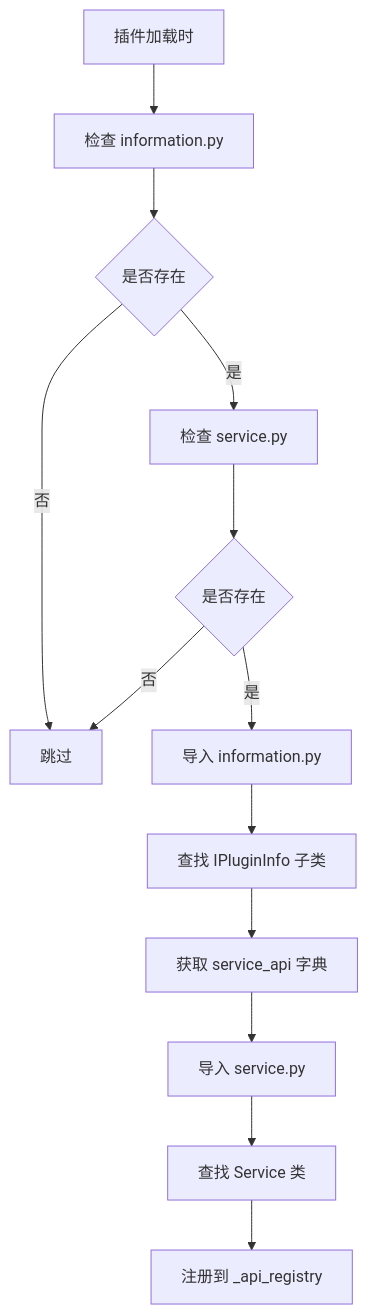
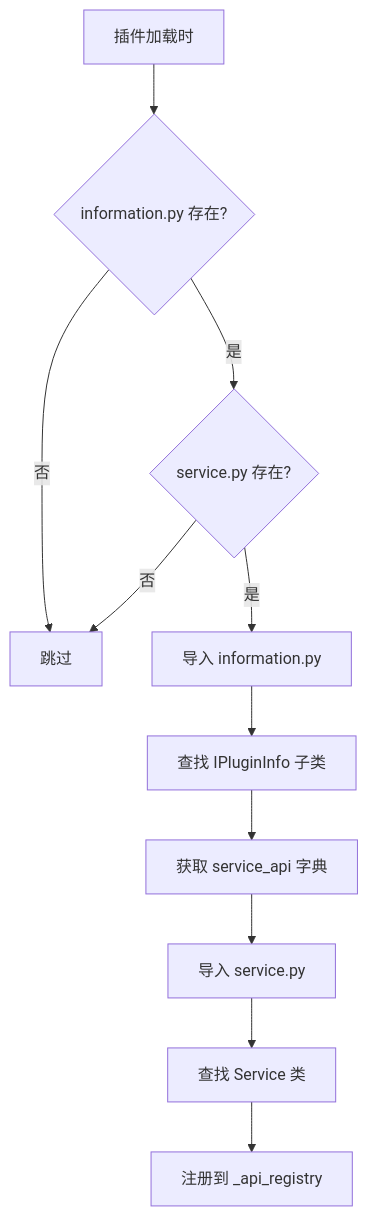
Before and after one commit to KKPIP-Tech/InstructionX: the third of 5 diagrams in docs/core/plugin-system/overview.md, drawn with Mermaid. The commit also changed other lines of this file and 28 other files, not shown here.

````diff
--- a/docs/core/plugin-system/overview.md
+++ b/docs/core/plugin-system/overview.md
@@ -138,18 +138,16 @@
 ```mermaid
 flowchart TD
-    A[插件加载时] --> B[检查 information.py]
-    B --> C{是否存在}
+    A[插件加载时] --> B{information.py 存在?}
 
-    C -->|是| D[检查 service.py]
-    C -->|否| E[跳过]
+    B -->|否| Z[跳过]
+    B -->|是| C{service.py 存在?}
 
-    D --> F{是否存在}
-    F -->|是| G[导入 information.py]
-    F -->|否| E
+    C -->|否| Z
+    C -->|是| D[导入 information.py]
 
-    G --> H[查找 IPluginInfo 子类]
-    H --> I[获取 service_api 字典]
-    I --> J[导入 service.py]
-    J --> K[查找 Service 类]
-    K --> L[注册到 _api_registry]
+    D --> E[查找 IPluginInfo 子类]
+    E --> F[获取 service_api 字典]
+    F --> G[导入 service.py]
+    G --> H[查找 Service 类]
+    H --> I[注册到 _api_registry]
 ```
````
